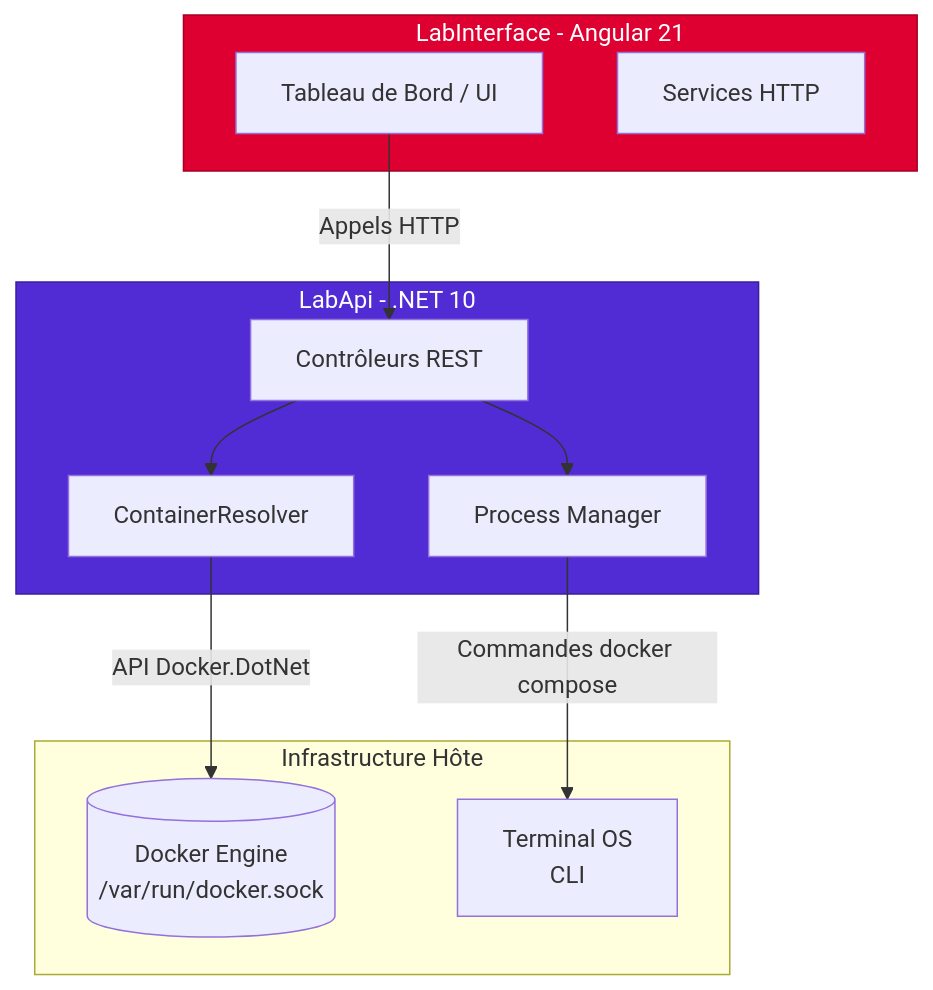
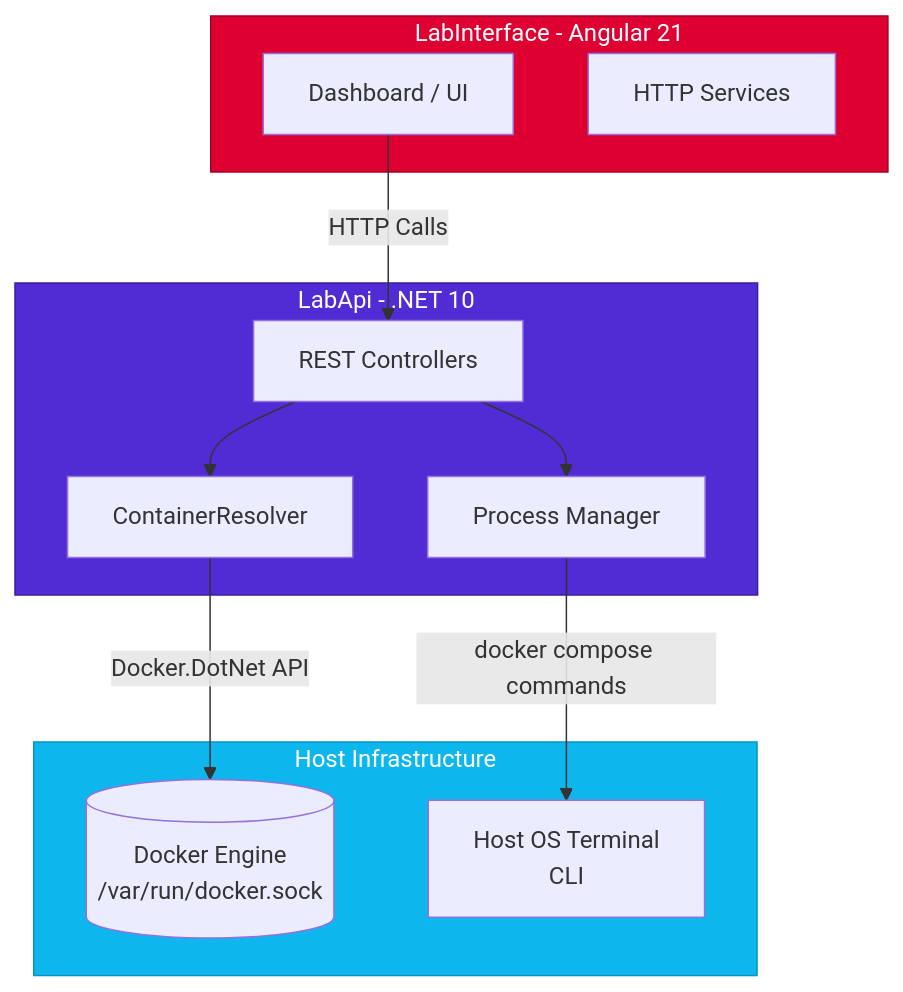
Before and after one commit to VOID575/LabMonitor: the first of 2 diagrams in README.md, drawn with Mermaid. The commit also changed other lines of this file, not shown here.

````diff
--- a/README.md
+++ b/README.md
@@ -40,33 +40,33 @@
 ```mermaid
 graph TD
     subgraph Frontend [LabInterface - Angular 21]
-        UI[Tableau de Bord / UI]
-        Services[Services HTTP]
+        UI[Dashboard / UI]
+        Services[HTTP Services]
     end
 
     subgraph Backend [LabApi - .NET 10]
-        Controllers[Contrôleurs REST]
+        Controllers[REST Controllers]
         Resolver[ContainerResolver]
         ProcessRunner[Process Manager]
     end
 
-    subgraph Infrastructure Hôte
+    subgraph Infrastructure [Host Infrastructure]
         DockerEngine[(Docker Engine\n/var/run/docker.sock)]
-        HostOS[Terminal OS\nCLI]
+        HostOS[Host OS Terminal\nCLI]
     end
 
-    UI -->|Appels HTTP| Controllers
+    UI -->|HTTP Calls| Controllers
     Controllers --> Resolver
     Controllers --> ProcessRunner
     
-    Resolver -->|API Docker.DotNet| DockerEngine
-    ProcessRunner -->|Commandes docker compose| HostOS
+    Resolver -->|Docker.DotNet API| DockerEngine
+    ProcessRunner -->|docker compose commands| HostOS
     
     classDef frontend fill:#dd0031,stroke:#a60024,color:white;
     classDef backend fill:#512bd4,stroke:#3b1e9c,color:white;
     classDef infra fill:#0db7ed,stroke:#0994c0,color:white;
     
     class Frontend frontend;
     class Backend backend;
     class Infrastructure infra;
 ```
````
